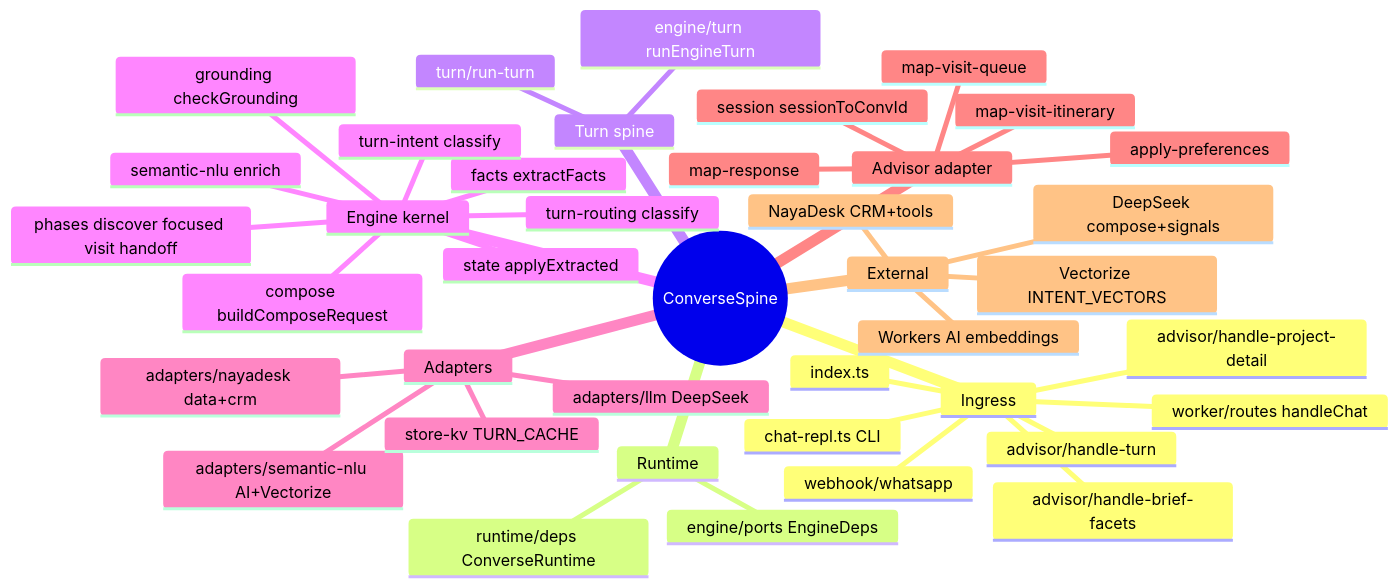
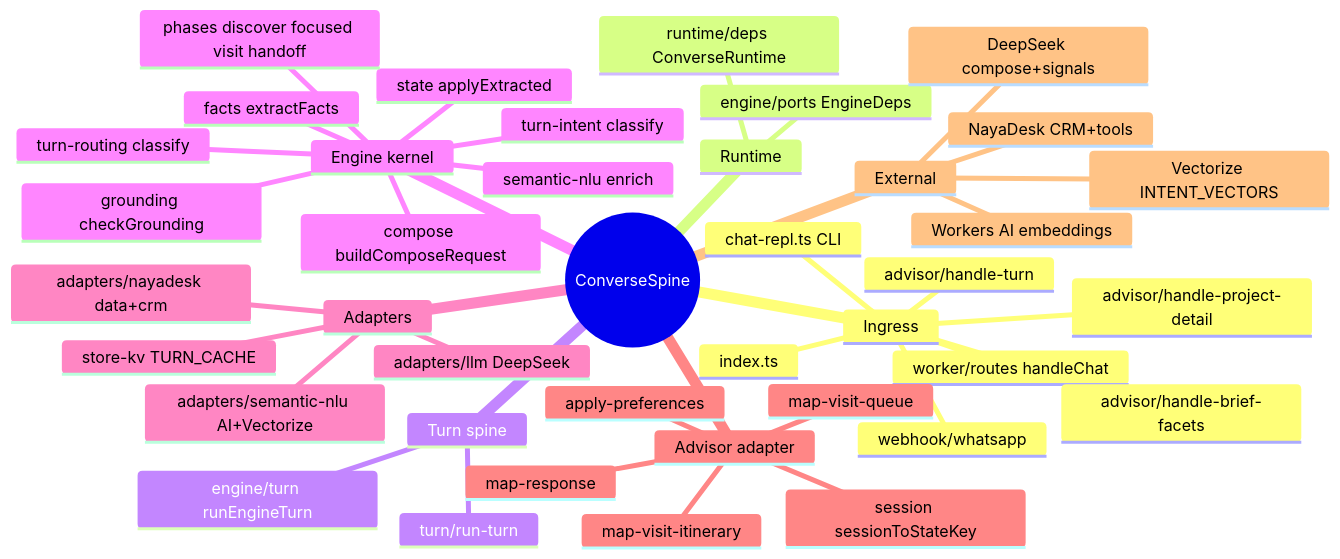
Before and after one commit to nagarjunveerapu/ConverseSpine: the first of 5 diagrams in docs/CONVERSESPINE_ARCHITECTURE.md, drawn with Mermaid. The commit also changed other lines of this file and 192 other files, not shown here.

````diff
--- a/docs/CONVERSESPINE_ARCHITECTURE.md
+++ b/docs/CONVERSESPINE_ARCHITECTURE.md
@@ -36,43 +36,43 @@
 ```mermaid
 mindmap
   root((ConverseSpine))
     Ingress
       index.ts
       worker/routes handleChat
       webhook/whatsapp
       advisor/handle-turn
       advisor/handle-brief-facets
       advisor/handle-project-detail
       chat-repl.ts CLI
     Runtime
       runtime/deps ConverseRuntime
       engine/ports EngineDeps
     Turn spine
       turn/run-turn
       engine/turn runEngineTurn
     Engine kernel
       facts extractFacts
       semantic-nlu enrich
       turn-routing classify
       turn-intent classify
       state applyExtracted
       phases discover focused visit handoff
       compose buildComposeRequest
       grounding checkGrounding
     Adapters
       adapters/nayadesk data+crm
       adapters/llm DeepSeek
       adapters/semantic-nlu AI+Vectorize
       store-kv TURN_CACHE
     Advisor adapter
       apply-preferences
-      session sessionToConvId
+      session sessionToStateKey
       map-response
       map-visit-queue
       map-visit-itinerary
     External
       NayaDesk CRM+tools
       Workers AI embeddings
       Vectorize INTENT_VECTORS
       DeepSeek compose+signals
 ```
````
